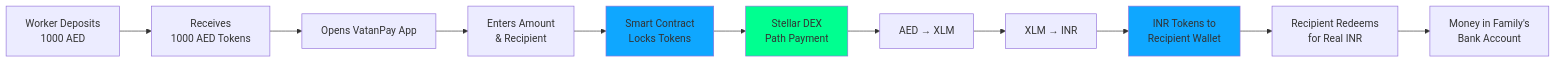
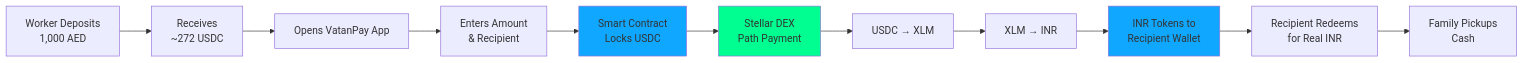
Before and after one commit to Nihal-Pandey-2302/VatanPay: the fourth of 4 diagrams in docs/HOW_IT_WORKS.md, drawn with Mermaid. The commit also changed other lines of this file and 13 other files, not shown here.

Commit message:
feat: VatanPay 2.0 - MoneyGram + USDC Integration MVP

````diff
--- a/docs/HOW_IT_WORKS.md
+++ b/docs/HOW_IT_WORKS.md
@@ -193,17 +194,17 @@
 ```mermaid
 graph LR
-    A[Worker Deposits<br/>1000 AED] --> B[Receives<br/>1000 AED Tokens]
+    A[Worker Deposits<br/>1,000 AED] --> B[Receives<br/>~272 USDC]
     B --> C[Opens VatanPay App]
     C --> D[Enters Amount<br/>& Recipient]
-    D --> E[Smart Contract<br/>Locks Tokens]
+    D --> E[Smart Contract<br/>Locks USDC]
     E --> F[Stellar DEX<br/>Path Payment]
-    F --> G[AED → XLM]
+    F --> G[USDC → XLM]
     G --> H[XLM → INR]
     H --> I[INR Tokens to<br/>Recipient Wallet]
     I --> J[Recipient Redeems<br/>for Real INR]
-    J --> K[Money in Family's<br/>Bank Account]
+    J --> K[Family Pickups<br/>Cash]
 
     style E fill:#0FA7FF
     style F fill:#00FF90
     style I fill:#0FA7FF
 ```
````
